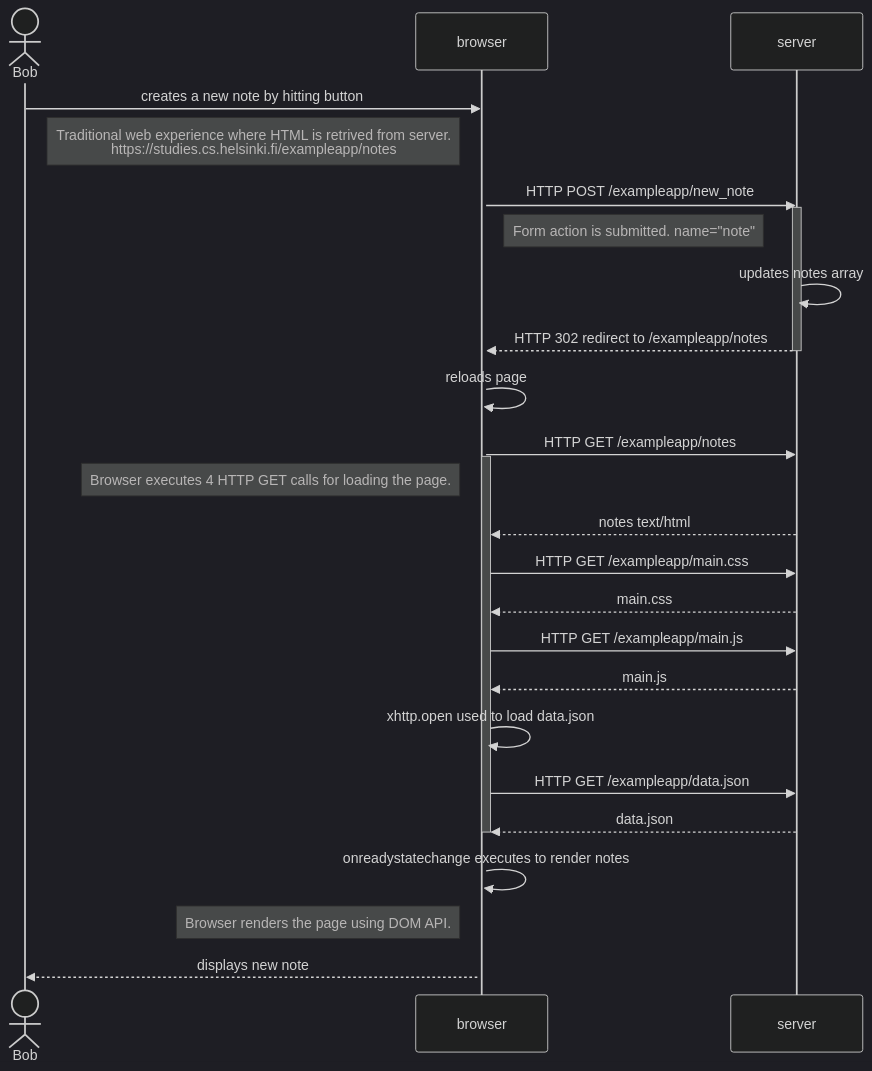
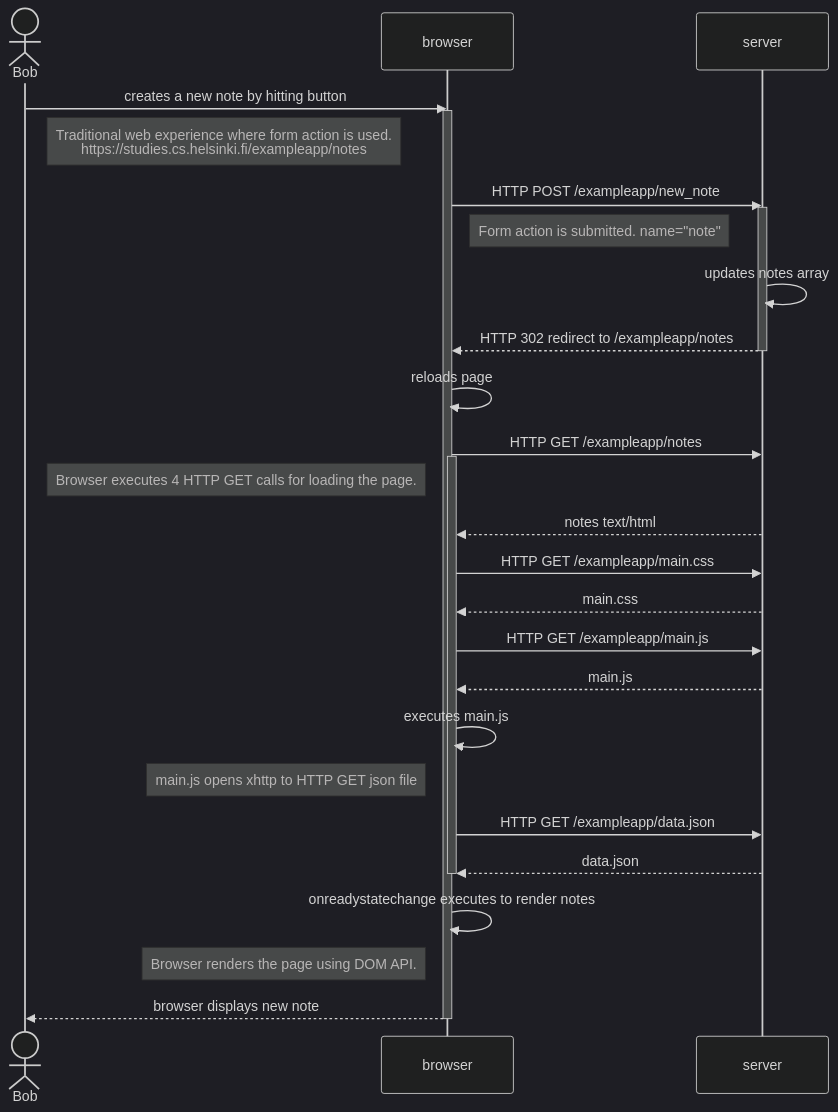
The diagram in part0/0.4-new-note-diagram.md (SlinkyPotato/full-stack-exercises), drawn with Mermaid (dark theme) before and after one commit. The commit also changed 2 other files, not shown here.

Commit message:
create 0.5 + 0.6 diagrams

````diff
--- a/part0/0.4-new-note-diagram.md
+++ b/part0/0.4-new-note-diagram.md
@@ -1,41 +1,42 @@
 ```mermaid
 sequenceDiagram
     actor Bob
     participant browser
     participant server
 
     Bob->>browser: creates a new note by hitting button
     activate browser
-    Note right of Bob: Traditional web experience where HTML is retrived from server. <br> https://studies.cs.helsinki.fi/exampleapp/notes
+    Note right of Bob: Traditional web experience where form action is used. <br> https://studies.cs.helsinki.fi/exampleapp/notes
     
     browser->>server: HTTP POST /exampleapp/new_note
     activate server
     Note right of browser: Form action is submitted. name="note"
     
     server->>server: updates notes array
 
     server-->>browser: HTTP 302 redirect to /exampleapp/notes
     deactivate server
 
     browser->>browser: reloads page
 
     browser->>server: HTTP GET /exampleapp/notes
      
     activate browser
     Note left of browser: Browser executes 4 HTTP GET calls for loading the page.
     server-->>browser: notes text/html
     browser->>server: HTTP GET /exampleapp/main.css
     server-->>browser: main.css
     browser->>server: HTTP GET /exampleapp/main.js
     server-->>browser: main.js
-    browser->>browser: xhttp.open used to load data.json
+    browser->>browser: executes main.js
+    Note left of browser: main.js opens xhttp to HTTP GET json file
     browser->>server: HTTP GET /exampleapp/data.json
     server-->>browser: data.json
     deactivate browser
 
     browser->>browser: onreadystatechange executes to render notes
     Note left of browser: Browser renders the page using DOM API.
 
-    browser-->>Bob: displays new note
-
+    browser-->>Bob: browser displays new note
+    deactivate browser
 ```
````
